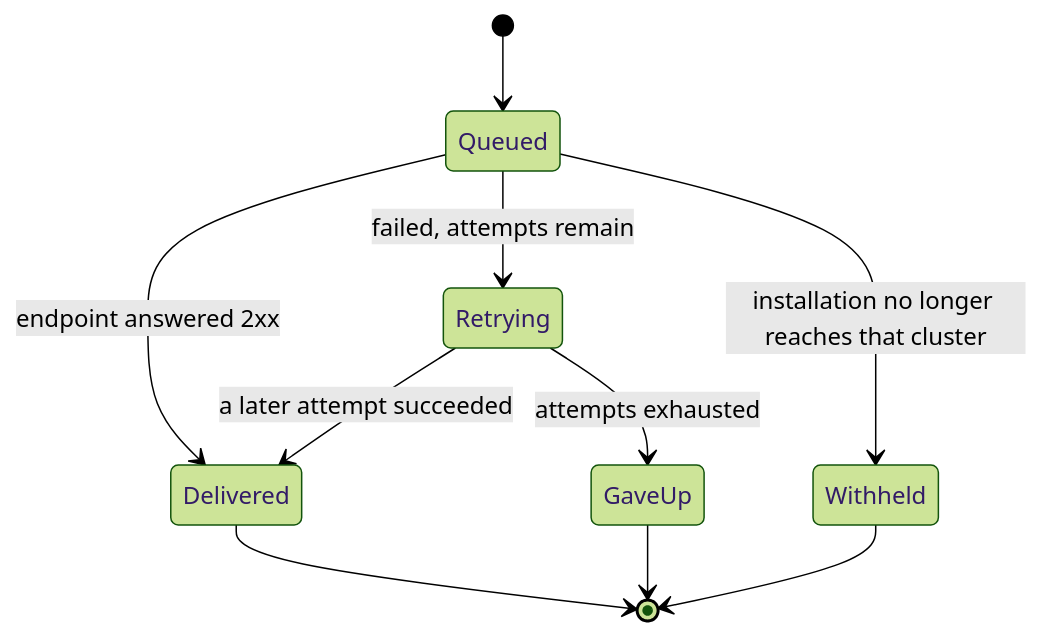
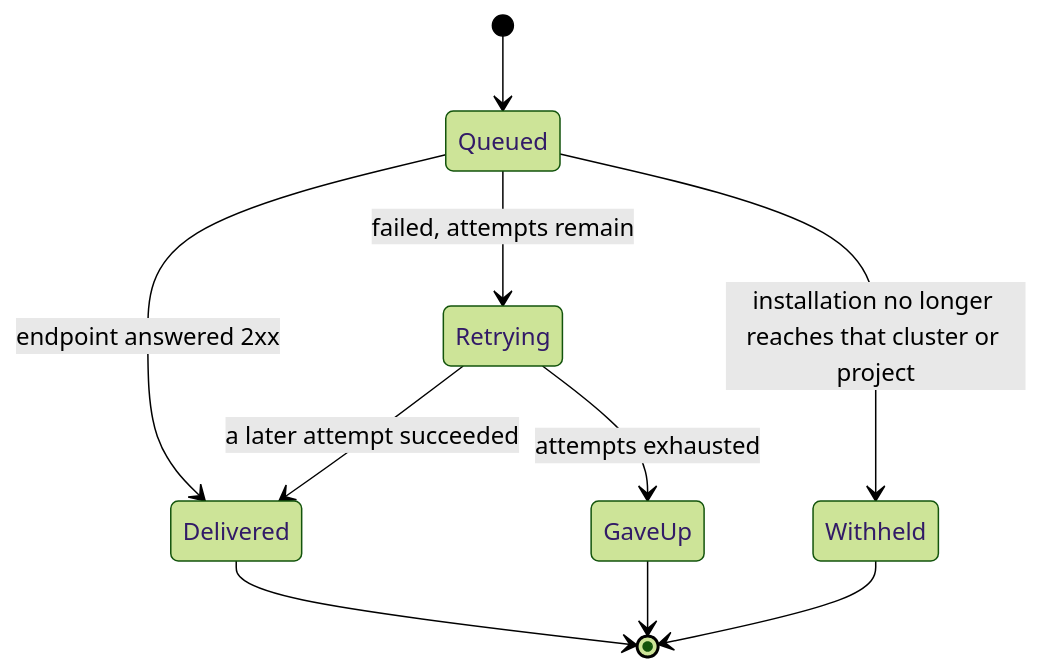
Before and after one commit to sctsivali/orcastra-docs: the diagram in docs/extensions/webhooks.md, drawn with Mermaid (forest theme). The commit also changed other lines of this file, not shown here.

First line of the commit message:
docs(extensions): say which events an installation receives

````diff
--- a/docs/extensions/webhooks.md
+++ b/docs/extensions/webhooks.md
@@ -90,12 +94,12 @@
 ```mermaid
 stateDiagram-v2
     [*] --> Queued
     Queued --> Delivered: endpoint answered 2xx
     Queued --> Retrying: failed, attempts remain
     Retrying --> Delivered: a later attempt succeeded
     Retrying --> GaveUp: attempts exhausted
-    Queued --> Withheld: installation no longer reaches that cluster
+    Queued --> Withheld: installation no longer reaches that cluster or project
     GaveUp --> [*]
     Delivered --> [*]
     Withheld --> [*]
 ```
````
